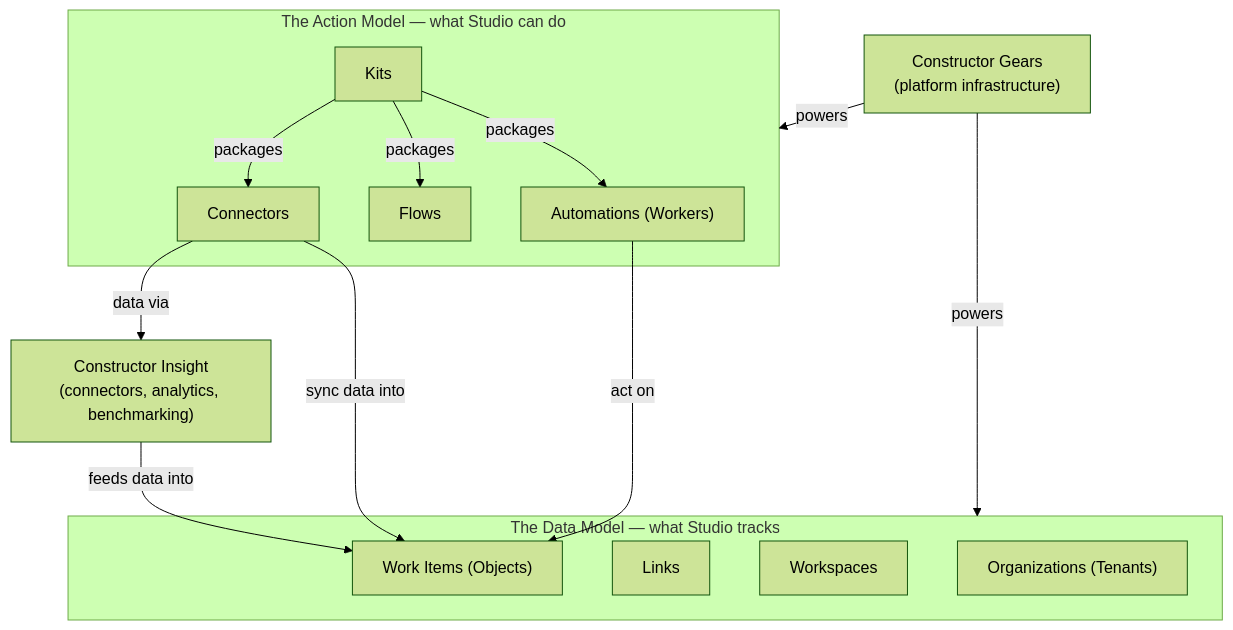
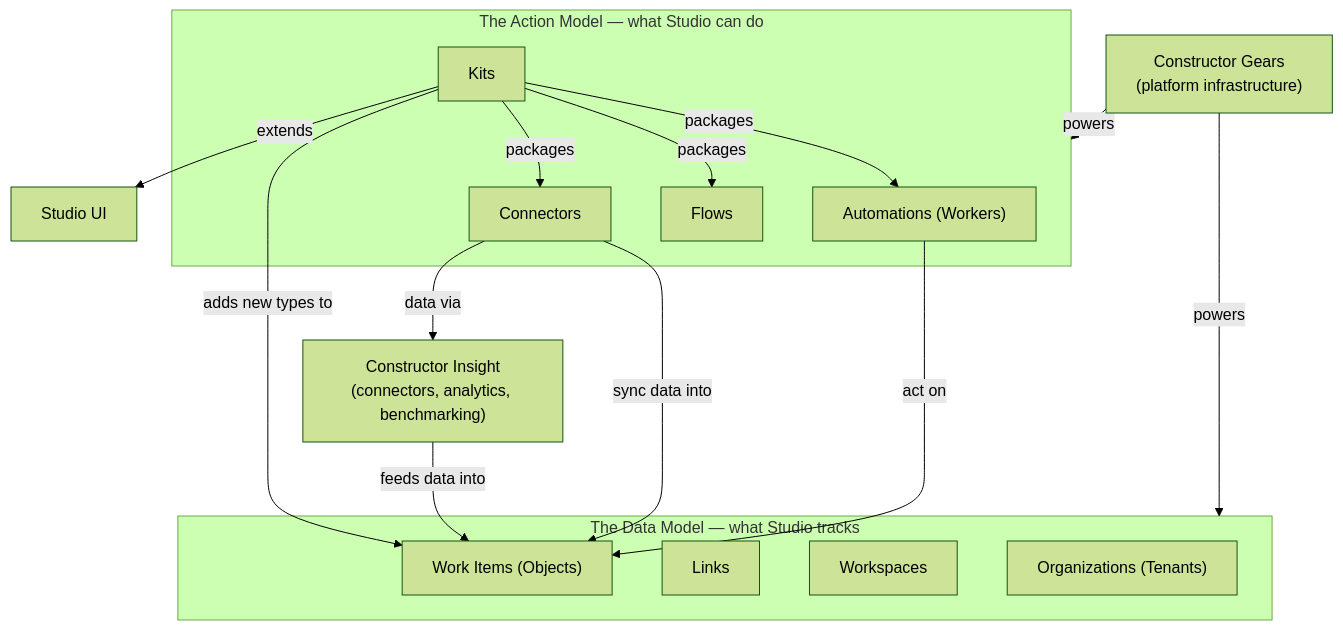
Before and after one commit to constructorfabric/vision: the diagram in STUDIO_ARCH_DOMAIN_MODEL_OVERVIEW.md, drawn with Mermaid (forest theme).

Commit message:
docs: show Kit extends Work Item types and UI on overview diagram
Studio-Source-Repo: https://github.com/constructorfabric/studio
Constructor-Fabric: https://github.com/constructorfabric

````diff
--- a/STUDIO_ARCH_DOMAIN_MODEL_OVERVIEW.md
+++ b/STUDIO_ARCH_DOMAIN_MODEL_OVERVIEW.md
@@ -36,30 +36,34 @@
 ```mermaid
 flowchart TB
     subgraph ActionModel["The Action Model — what Studio can do"]
         AUT["Automations (Workers)"]
         FL["Flows"]
         KIT["Kits"]
         CON["Connectors"]
     end
 
     subgraph DataModel["The Data Model — what Studio tracks"]
         WI["Work Items (Objects)"]
         LK["Links"]
         WS["Workspaces"]
         ORG["Organizations (Tenants)"]
     end
 
+    UI["Studio UI"]
+
     AUT -->|"act on"| WI
     CON -->|"sync data into"| WI
     KIT -->|"packages"| AUT
     KIT -->|"packages"| FL
     KIT -->|"packages"| CON
+    KIT -->|"adds new types to"| WI
+    KIT -->|"extends"| UI
 
     INSIGHT["Constructor Insight\n(connectors, analytics, benchmarking)"]
     GEARS["Constructor Gears\n(platform infrastructure)"]
 
     CON -->|"data via"| INSIGHT
     INSIGHT -->|"feeds data into"| WI
     GEARS -->|"powers"| ActionModel
     GEARS -->|"powers"| DataModel
 ```
````
